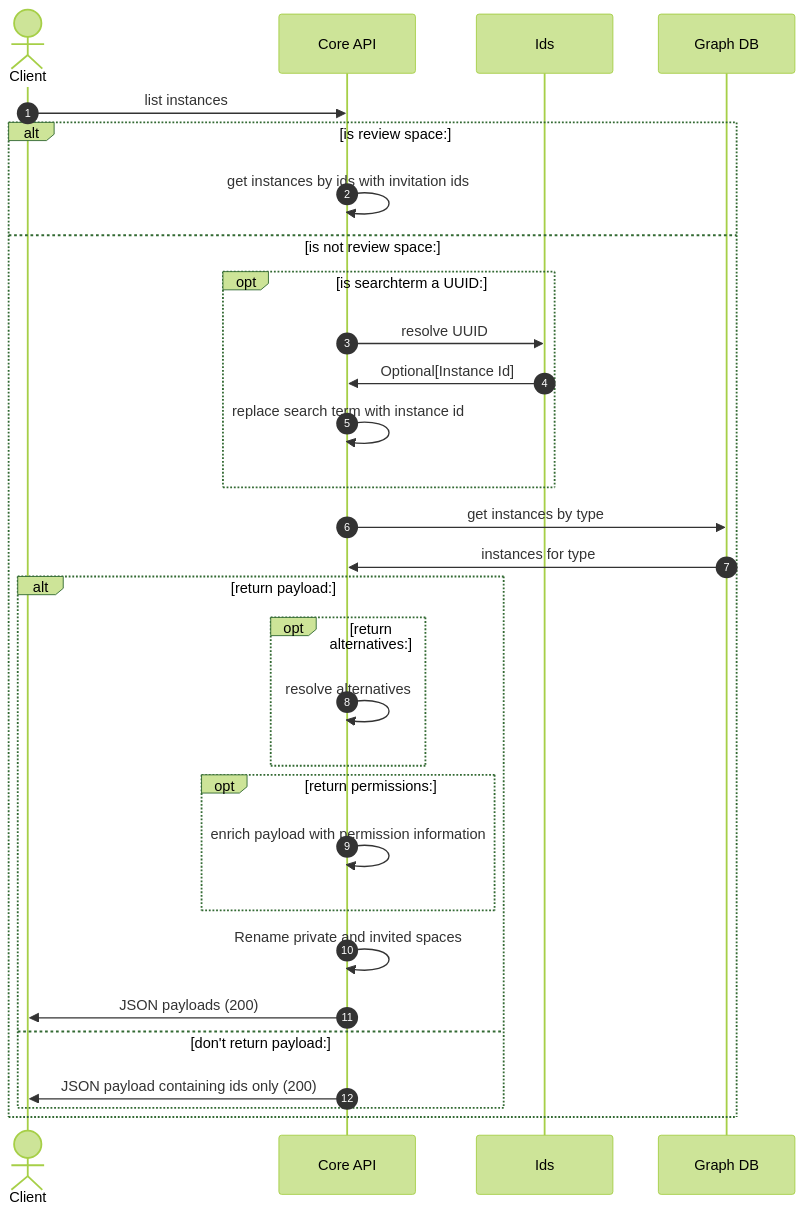
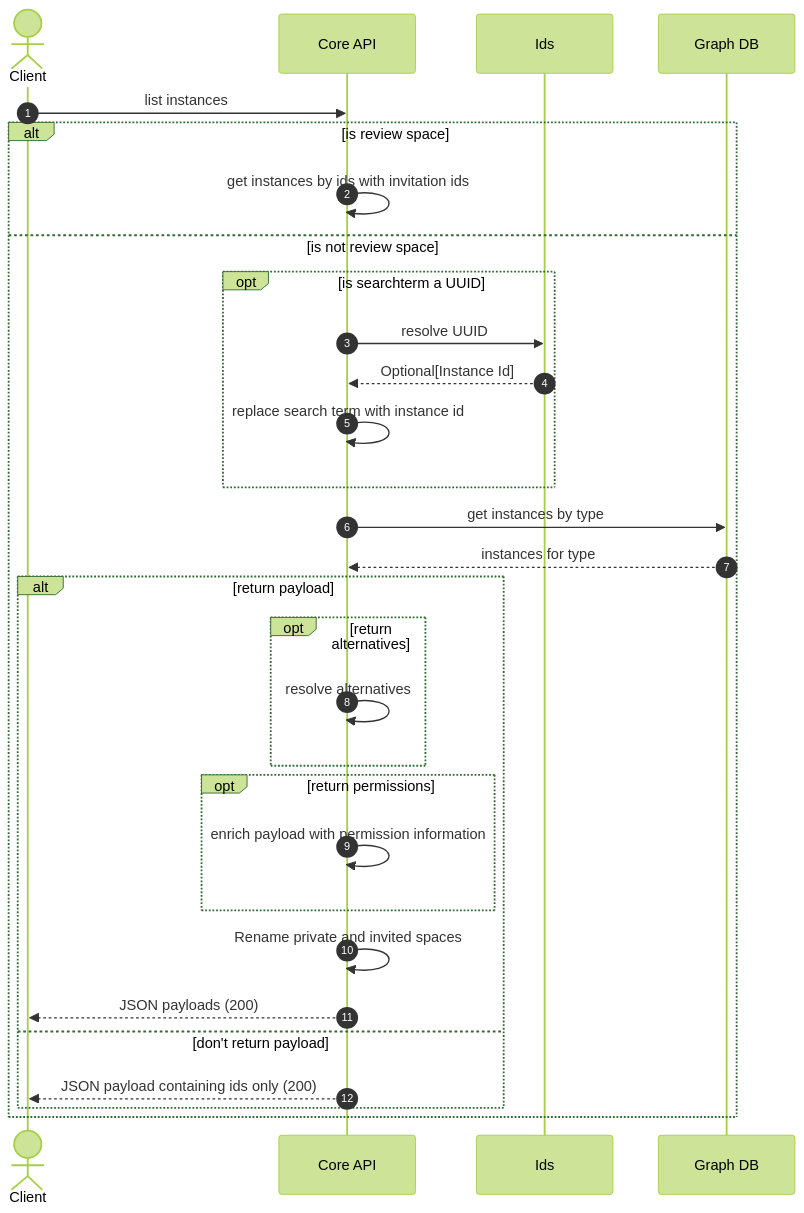
One commit to HumanBrainProject/kg-core changed the fourth of 5 diagrams in services/kg-core-api/src/main/java/eu/ebrains/kg/core/api/instances.md. Above: the diagram before and after it, drawn with Mermaid (forest theme). The commit also changed other lines of this file and 74 other files, not shown here.

````diff
--- a/services/kg-core-api/src/main/java/eu/ebrains/kg/core/api/instances.md
+++ b/services/kg-core-api/src/main/java/eu/ebrains/kg/core/api/instances.md
@@ -122,29 +122,29 @@
 ```mermaid
 sequenceDiagram   
   autonumber
   actor Client
   Client ->> Core API: list instances
-  alt is review space:
+  alt is review space
     Core API ->> Core API: get instances by ids with invitation ids
-  else is not review space:
-    opt is searchterm a UUID:
+  else is not review space
+    opt is searchterm a UUID
        Core API ->> Ids: resolve UUID
-       Ids ->> Core API: Optional[Instance Id]
+       Ids -->> Core API: Optional[Instance Id]
        Core API ->> Core API: replace search term with instance id
     end
     Core API ->> Graph DB: get instances by type
-    Graph DB ->> Core API: instances for type
-    alt return payload:
-        opt return alternatives:
+    Graph DB -->> Core API: instances for type
+    alt return payload
+        opt return alternatives
             Core API ->> Core API: resolve alternatives
         end
-        opt return permissions:
+        opt return permissions
             Core API ->> Core API: enrich payload with permission information
         end
         Core API ->> Core API: Rename private and invited spaces
-        Core API ->> Client: JSON payloads (200)
-    else don't return payload:
-        Core API ->> Client: JSON payload containing ids only (200)
+        Core API -->> Client: JSON payloads (200)
+    else don't return payload
+        Core API -->> Client: JSON payload containing ids only (200)
     end  
   end
 ```
````
